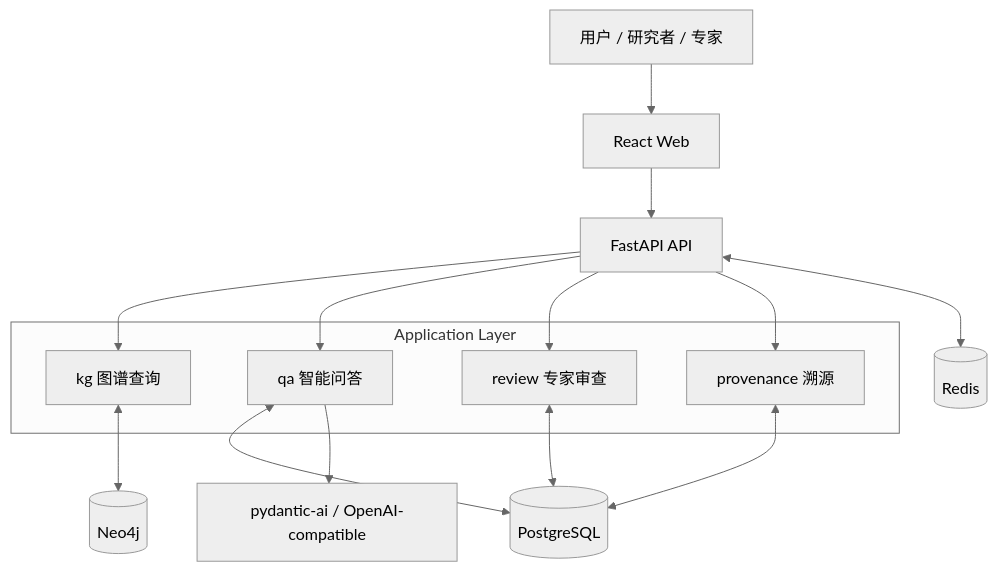
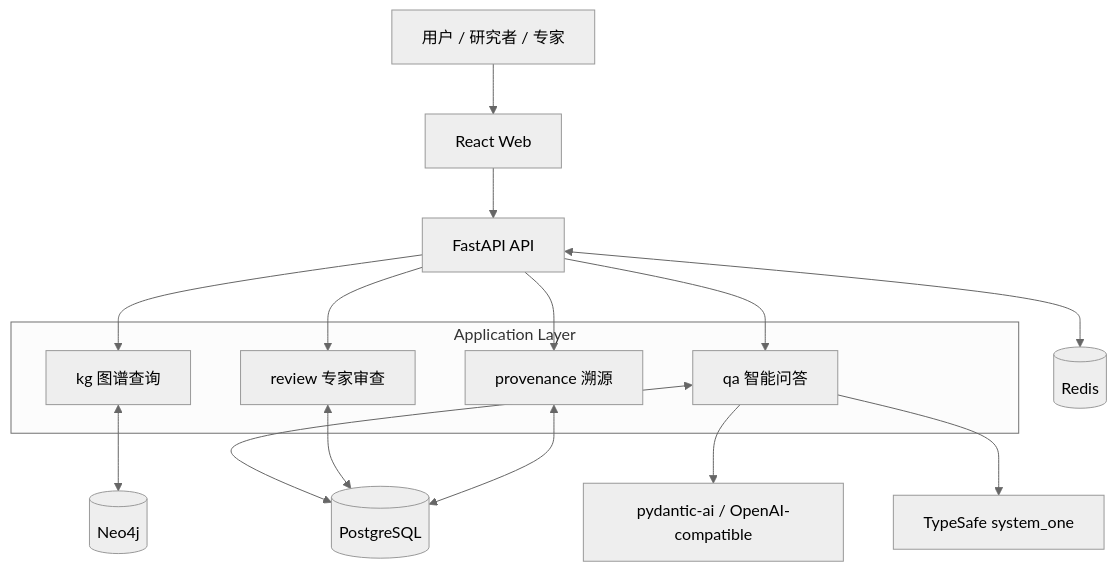
The first of 3 diagrams in docs/architecture/system-overview.md (ticoAg/BaiCao), drawn with Mermaid (neutral theme) before and after one commit. The commit also changed other lines of this file and 31 other files, not shown here.

First line of the commit message:
feat: 问答判定改走 TypeSafe，密钥改用 Infisical SDK

````diff
--- a/docs/architecture/system-overview.md
+++ b/docs/architecture/system-overview.md
@@ -42,25 +42,26 @@
 ```mermaid
 flowchart TB
     User[用户 / 研究者 / 专家]
     User --> Web[React Web]
     Web --> API[FastAPI API]
 
     subgraph App[Application Layer]
         KG[kg 图谱查询]
         QA[qa 智能问答]
         RV[review 专家审查]
         PV[provenance 溯源]
     end
 
     API --> KG
     API --> QA
     API --> RV
     API --> PV
 
     KG <--> Neo4j[(Neo4j)]
     QA <--> PG[(PostgreSQL)]
     RV <--> PG
     PV <--> PG
     API <--> Redis[(Redis)]
     QA --> LLM[pydantic-ai / OpenAI-compatible]
+    QA --> SystemOne[TypeSafe system_one]
 ```
````
